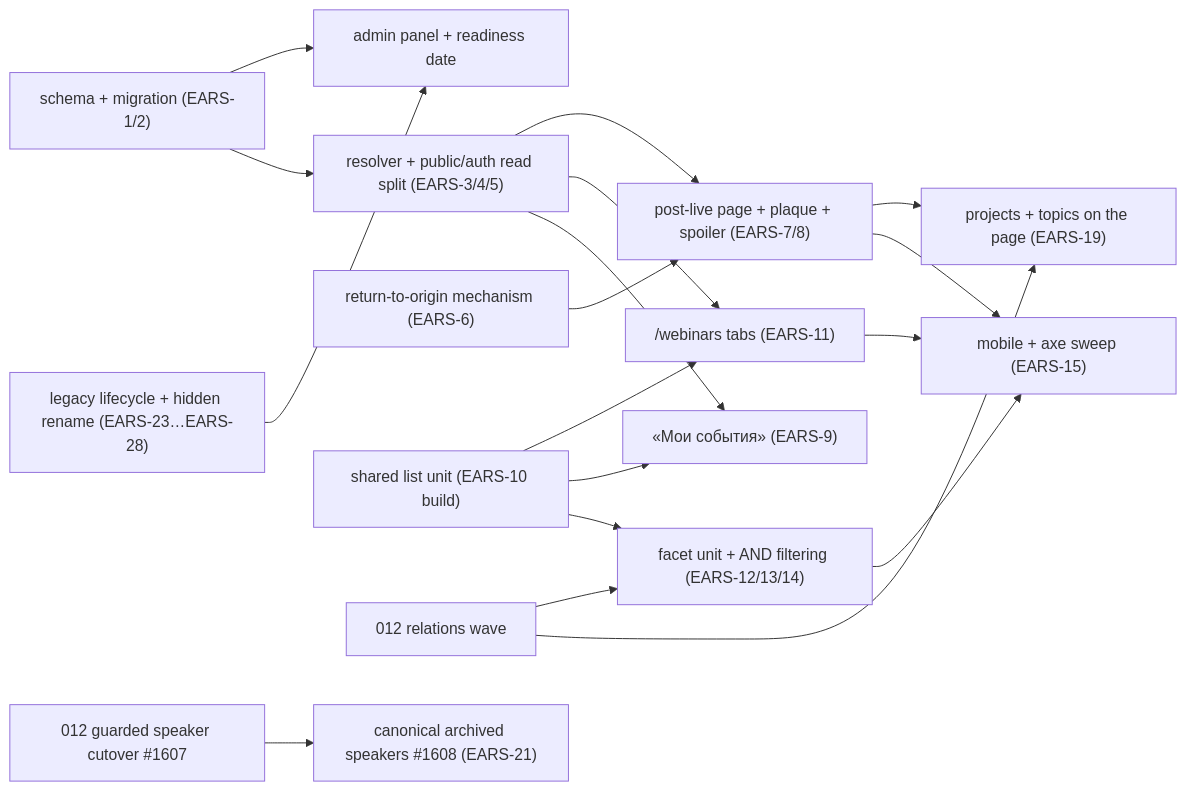
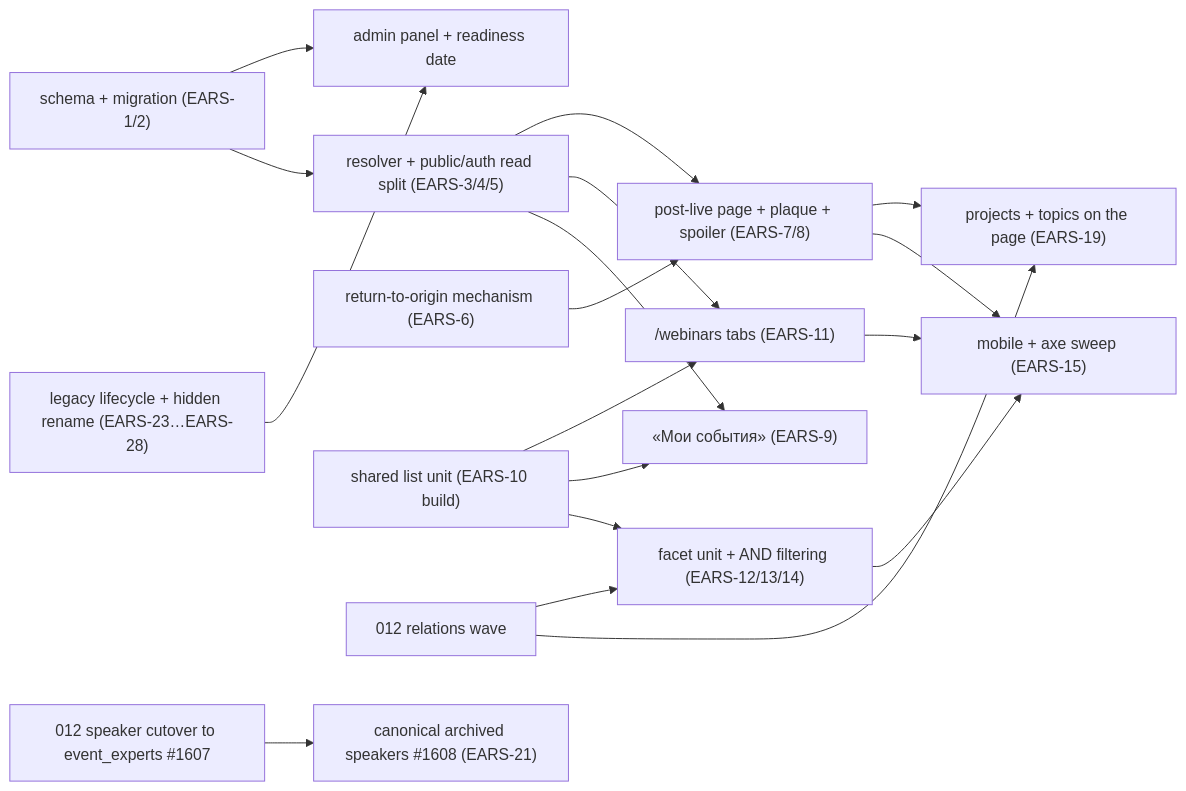
Before and after one commit to doctor-school/ds-platform: diagram 12 of 12 in apps/docs/content/specs/features/014-event-recordings/014-design.md, drawn with Mermaid. The commit also changed other lines of this file and 10 other files, not shown here.

First line of the commit message:
docs(1607): 012 EARS-24 — re-scope to a one-off manual speaker migration and event_experts cutover (#1872)

````diff
--- a/apps/docs/content/specs/features/014-event-recordings/014-design.md
+++ b/apps/docs/content/specs/features/014-event-recordings/014-design.md
@@ -429,20 +429,20 @@
 ```mermaid
 flowchart LR
   S["schema + migration (EARS-1/2)"] --> A["admin panel + readiness date"]
   LEG["legacy lifecycle + hidden rename (EARS-23…EARS-28)"] --> A
   S --> R["resolver + public/auth read split (EARS-3/4/5)"]
   R --> PG["post-live page + plaque + spoiler (EARS-7/8)"]
   RT["return-to-origin mechanism (EARS-6)"] --> PG
   U["shared list unit (EARS-10 build)"] --> TB["/webinars tabs (EARS-11)"]
   U --> ME["«Мои события» (EARS-9)"]
   R --> TB
   R --> ME
   TWELVE["012 relations wave"] --> FA["facet unit + AND filtering (EARS-12/13/14)"]
-  CUTOVER["012 guarded speaker cutover #1607"] --> SP["canonical archived speakers #1608 (EARS-21)"]
+  CUTOVER["012 speaker cutover to event_experts #1607"] --> SP["canonical archived speakers #1608 (EARS-21)"]
   TWELVE --> PT["projects + topics on the page (EARS-19)"]
   PG --> PT
   U --> FA
   PG --> AX["mobile + axe sweep (EARS-15)"]
   TB --> AX
   FA --> AX
 ```
````
